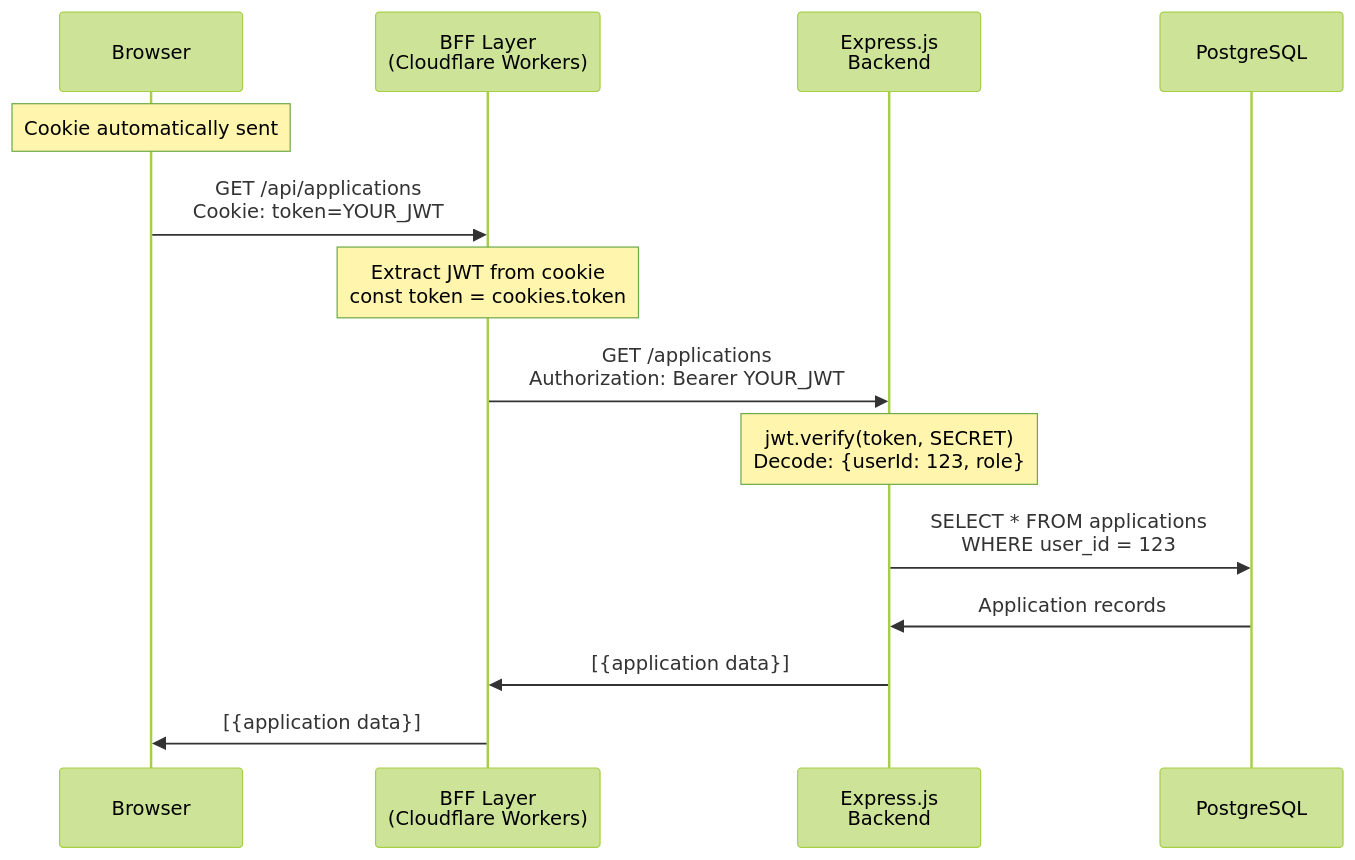
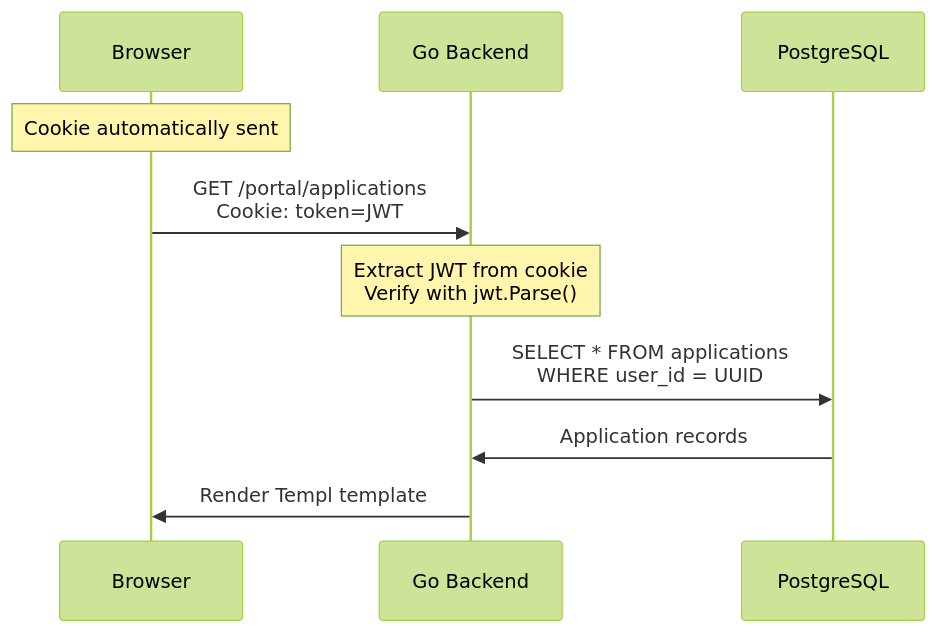
Before and after one commit to idtazkia/website-stmik: the fifth of 11 diagrams in docs/ARCHITECTURE.md, drawn with Mermaid (forest theme). The commit also changed other lines of this file and 7 other files, not shown here.

First line of the commit message:
Sync all docs to Go backend architecture

````diff
--- a/docs/ARCHITECTURE.md
+++ b/docs/ARCHITECTURE.md
@@ -243,21 +236,15 @@
 ```mermaid
 sequenceDiagram
     participant Browser
-    participant BFF as BFF Layer<br/>(Cloudflare Workers)
-    participant Backend as Express.js<br/>Backend
+    participant Go as Go Backend
     participant DB as PostgreSQL
 
     Note over Browser: Cookie automatically sent
-    Browser->>BFF: GET /api/applications<br/>Cookie: token=YOUR_JWT
+    Browser->>Go: GET /portal/applications<br/>Cookie: token=JWT
 
-    Note over BFF: Extract JWT from cookie<br/>const token = cookies.token
+    Note over Go: Extract JWT from cookie<br/>Verify with jwt.Parse()
 
-    BFF->>Backend: GET /applications<br/>Authorization: Bearer YOUR_JWT
-
-    Note over Backend: jwt.verify(token, SECRET)<br/>Decode: {userId: 123, role}
-
-    Backend->>DB: SELECT * FROM applications<br/>WHERE user_id = 123
-    DB->>Backend: Application records
-    Backend->>BFF: [{application data}]
-    BFF->>Browser: [{application data}]
+    Go->>DB: SELECT * FROM applications<br/>WHERE user_id = UUID
+    DB->>Go: Application records
+    Go->>Browser: Render Templ template
 ```
````
